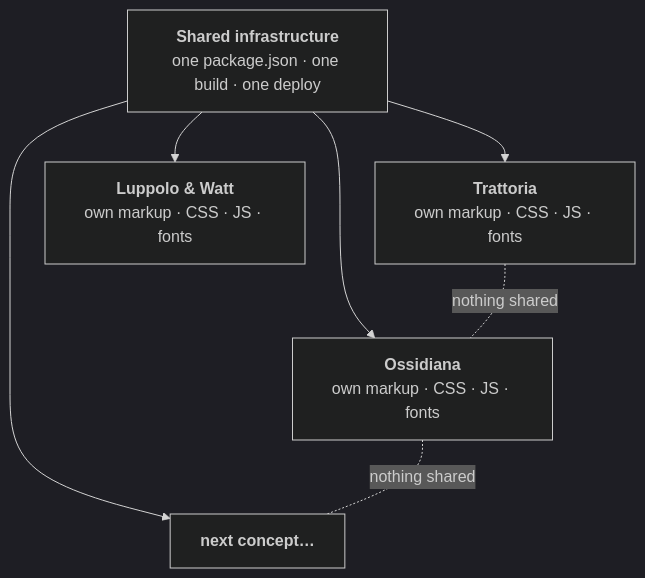
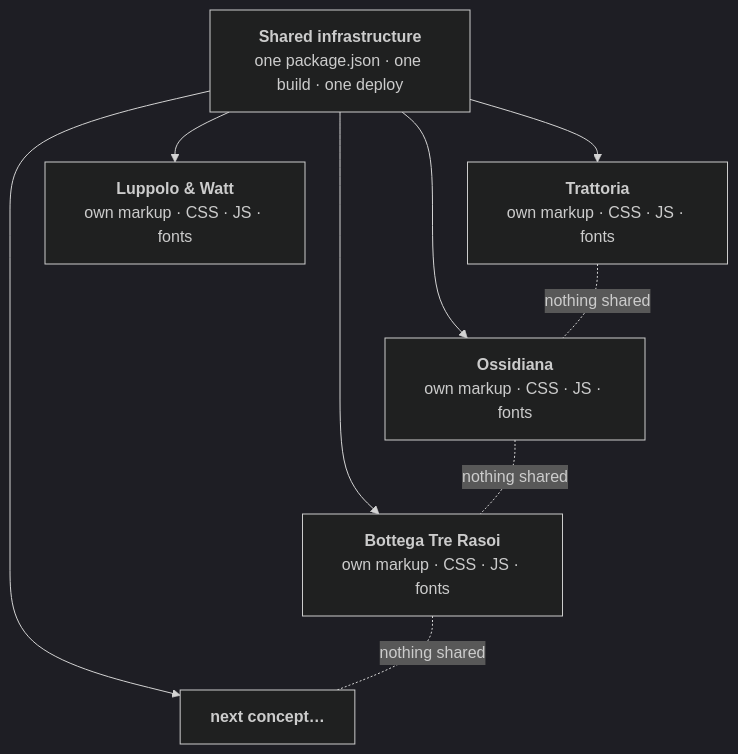
Before and after one commit to Loop-Studio-Web/vetrine: the diagram in README.md, drawn with Mermaid (dark theme). The commit also changed other lines of this file and 12 other files, not shown here.

Commit message:
Hub, info e documentazione: voce Tre Rasoi, categoria Benessere con prossime, README e banner

````diff
--- a/README.md
+++ b/README.md
@@ -113,10 +132,12 @@
 ```mermaid
 flowchart TB
     infra["<b>Shared infrastructure</b><br/>one package.json · one build · one deploy"]
     infra --> T["<b>Trattoria</b><br/>own markup · CSS · JS · fonts"]
     infra --> O["<b>Ossidiana</b><br/>own markup · CSS · JS · fonts"]
     infra --> R["<b>Luppolo & Watt</b><br/>own markup · CSS · JS · fonts"]
+    infra --> B["<b>Bottega Tre Rasoi</b><br/>own markup · CSS · JS · fonts"]
     infra --> N["<b>next concept…</b>"]
     T -.-|nothing shared| O
-    O -.-|nothing shared| N
+    O -.-|nothing shared| B
+    B -.-|nothing shared| N
 ```
````
